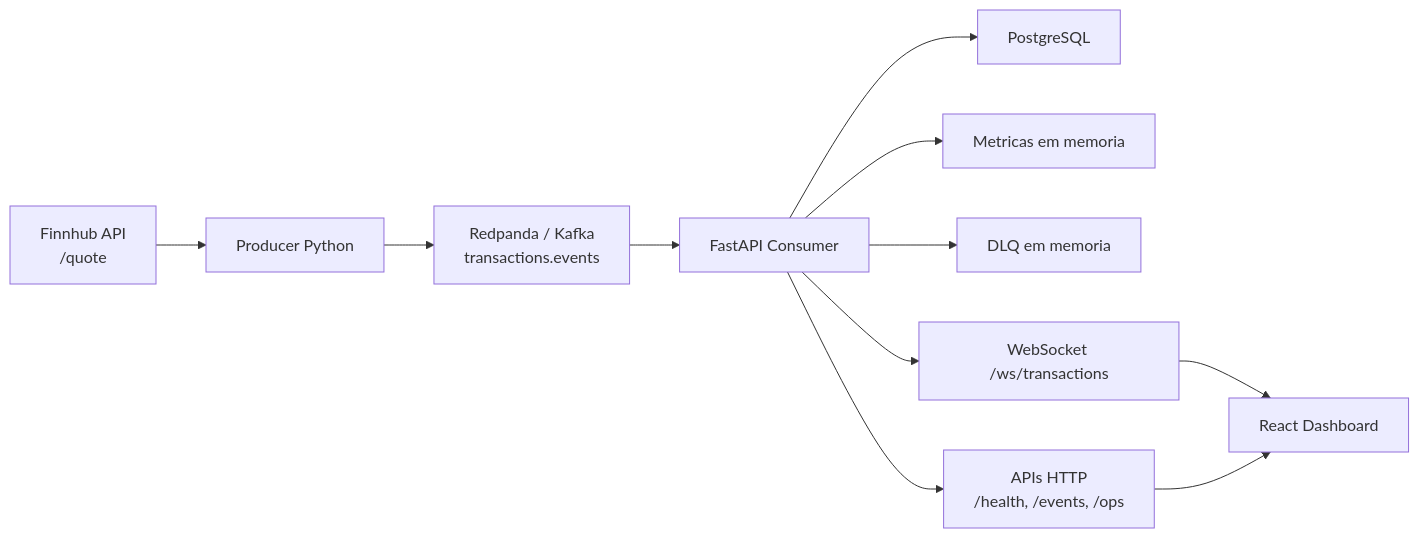
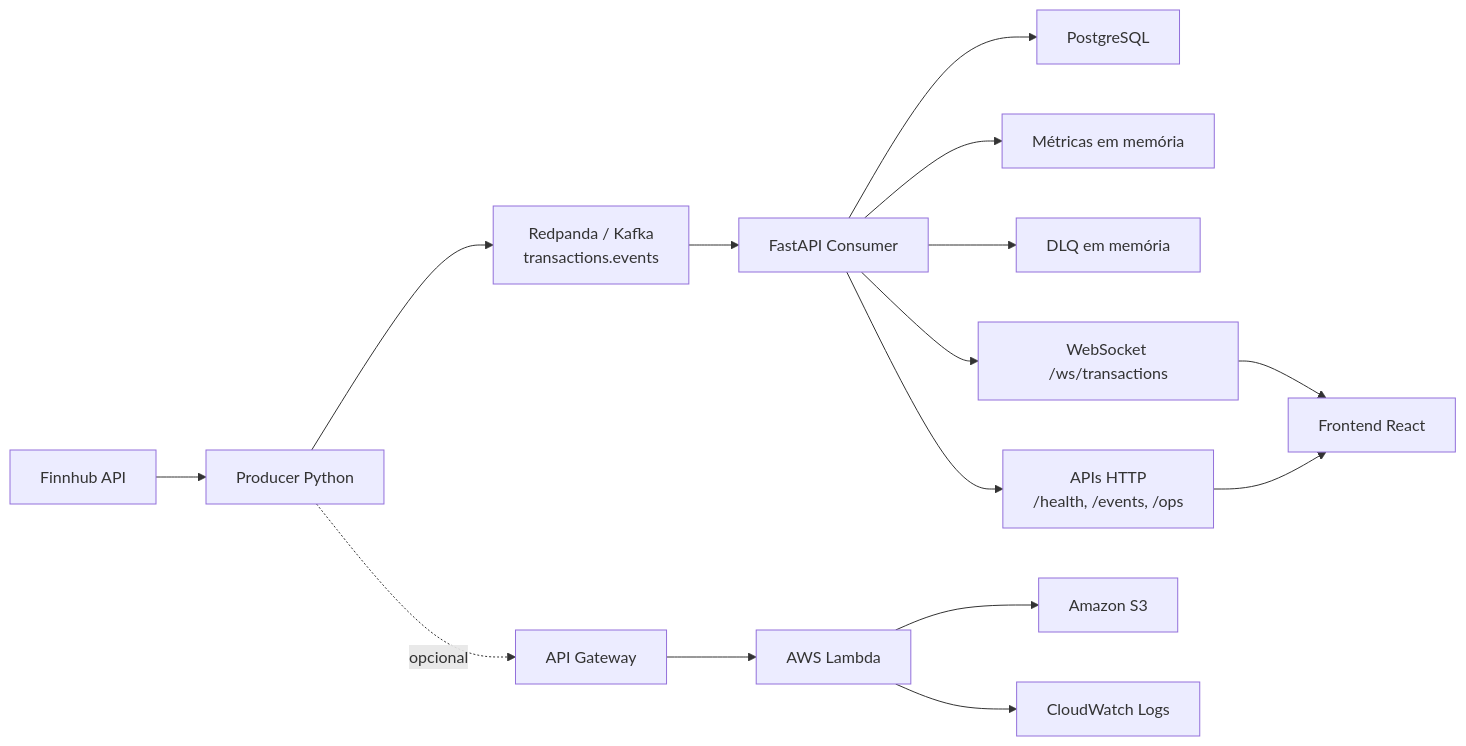
One commit to VicFmartins/BTG-FinStream-Dashboard changed the diagram in README.md. Above: the diagram before and after it, drawn with Mermaid. The commit also changed other lines of this file, not shown here.

````diff
--- a/README.md
+++ b/README.md
@@ -37,13 +39,17 @@
 ```mermaid
 flowchart LR
-    A["Finnhub API<br/>/quote"] --> B["Producer Python"]
+    A["Finnhub API"] --> B["Producer Python"]
     B --> C["Redpanda / Kafka<br/>transactions.events"]
     C --> D["FastAPI Consumer"]
     D --> E["PostgreSQL"]
-    D --> F["Metricas em memoria"]
-    D --> G["DLQ em memoria"]
+    D --> F["Métricas em memória"]
+    D --> G["DLQ em memória"]
     D --> H["WebSocket /ws/transactions"]
-    H --> I["React Dashboard"]
+    H --> I["Frontend React"]
     D --> J["APIs HTTP<br/>/health, /events, /ops"]
     J --> I
+    B -. opcional .-> K["API Gateway"]
+    K --> L["AWS Lambda"]
+    L --> M["Amazon S3"]
+    L --> N["CloudWatch Logs"]
 ```
````
